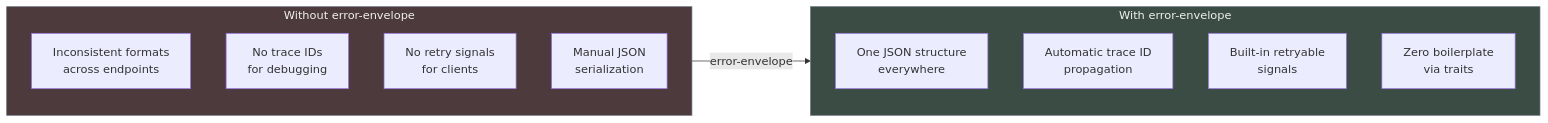
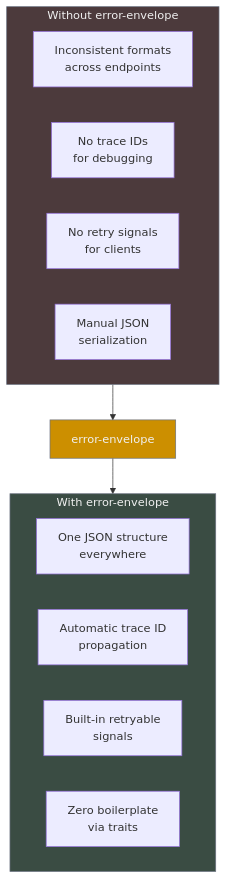
Before and after one commit to blackwell-systems/error-envelope: the second of 12 diagrams in ARCHITECTURE.md, drawn with Mermaid.

Commit message:
Change diagram 2 to vertical layout
Updated before/after comparison diagram to flow top-to-bottom
for better readability. Added intermediate node to show the
transformation more clearly.

````diff
--- a/ARCHITECTURE.md
+++ b/ARCHITECTURE.md
@@ -55,21 +55,25 @@
 ```mermaid
-flowchart LR
+flowchart TB
     subgraph problems["Without error-envelope"]
         p1["Inconsistent formats<br/>across endpoints"]
         p2["No trace IDs<br/>for debugging"]
         p3["No retry signals<br/>for clients"]
         p4["Manual JSON<br/>serialization"]
     end
+
+    arrow["error-envelope"]
 
     subgraph solution["With error-envelope"]
         s1["One JSON structure<br/>everywhere"]
         s2["Automatic trace ID<br/>propagation"]
         s3["Built-in retryable<br/>signals"]
         s4["Zero boilerplate<br/>via traits"]
     end
 
-    problems -->|"error-envelope"| solution
+    problems --> arrow
+    arrow --> solution
 
     style problems fill:#4C3A3C,stroke:#6b7280,color:#f0f0f0
     style solution fill:#3A4C43,stroke:#6b7280,color:#f0f0f0
+    style arrow fill:#CC8F00,stroke:#6b7280,color:#f0f0f0
 ```
````
